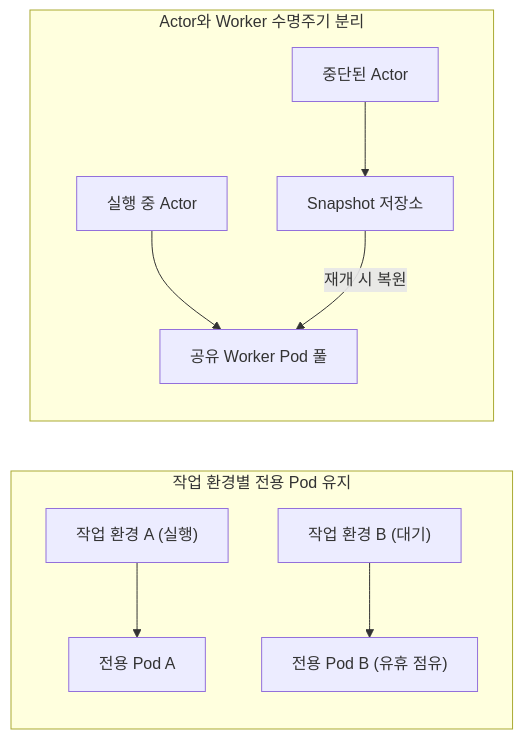
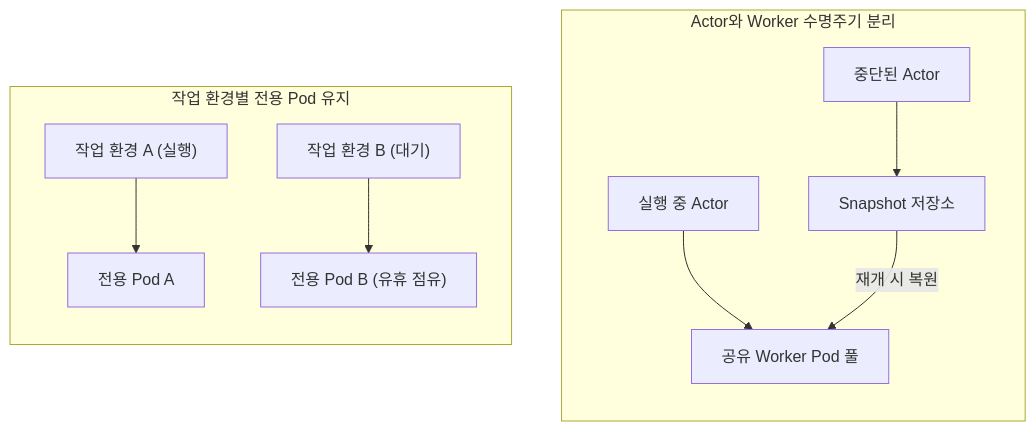
Before and after one commit to jmnote/slides: the second of 2 diagrams in 2026/2026-10-28-k8s-ai-agent/slides.md, drawn with Mermaid. The commit also changed other lines of this file and 40 other files, not shown here.

````diff
--- a/2026/2026-10-28-k8s-ai-agent/slides.md
+++ b/2026/2026-10-28-k8s-ai-agent/slides.md
@@ -800,12 +593,13 @@
 ```mermaid
 flowchart LR
   subgraph dedicated[작업 환경별 전용 Pod 유지]
     E1["작업 환경 A (실행)"] --> P1["전용 Pod A"]
     E2["작업 환경 B (대기)"] --> P2["전용 Pod B (유휴 점유)"]
   end
   subgraph shared[Actor와 Worker 수명주기 분리]
     A1["실행 중 Actor"] --> W["공유 Worker Pod 풀"]
     A2["중단된 Actor"] --> S["Snapshot 저장소"]
     S -->|"재개 시 복원"| W
   end
+  dedicated ~~~ shared
 ```
````
